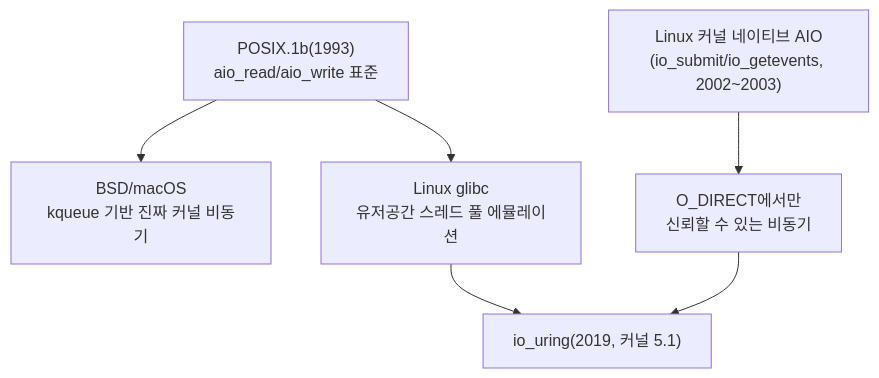
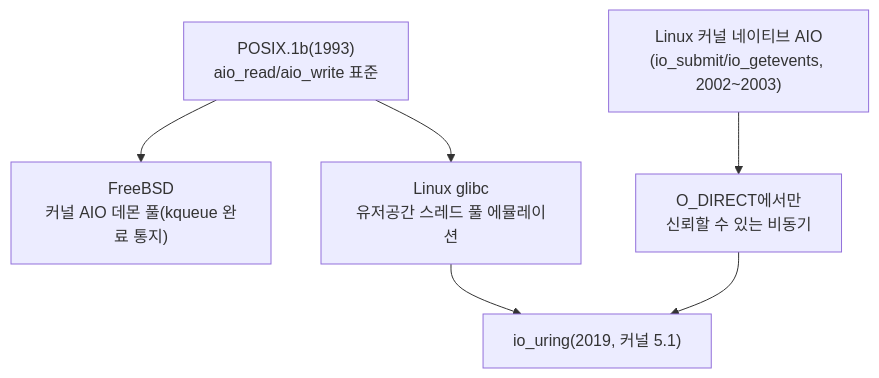
One commit to 42jerrykim/42jerrykim.github.io changed the diagram in content/collection/optimization-09-io-network/13-posix-aio-vs-io-uring/index.md. Above: the diagram before and after it, drawn with Mermaid. The commit also changed other lines of this file and 1 other file, not shown here.

First line of the commit message:
feat: optimization-09-io-network/13-posix-aio-vs-io-uring post-quality-loop 채점 완료 (93.9점, 통과)

````diff
--- a/content/collection/optimization-09-io-network/13-posix-aio-vs-io-uring/index.md
+++ b/content/collection/optimization-09-io-network/13-posix-aio-vs-io-uring/index.md
@@ -71,9 +69,9 @@
 ```mermaid
 flowchart TB
   posixStd["POSIX.1b(1993)</br>aio_read/aio_write 표준"]
-  posixStd --> bsdImpl["BSD/macOS</br>kqueue 기반 진짜 커널 비동기"]
+  posixStd --> bsdImpl["FreeBSD</br>커널 AIO 데몬 풀(kqueue 완료 통지)"]
   posixStd --> glibcImpl["Linux glibc</br>유저공간 스레드 풀 에뮬레이션"]
   kernelAio["Linux 커널 네이티브 AIO</br>(io_submit/io_getevents, 2002~2003)"] --> odirectOnly["O_DIRECT에서만</br>신뢰할 수 있는 비동기"]
   glibcImpl --> ioUring["io_uring(2019, 커널 5.1)"]
   odirectOnly --> ioUring
 ```
````
